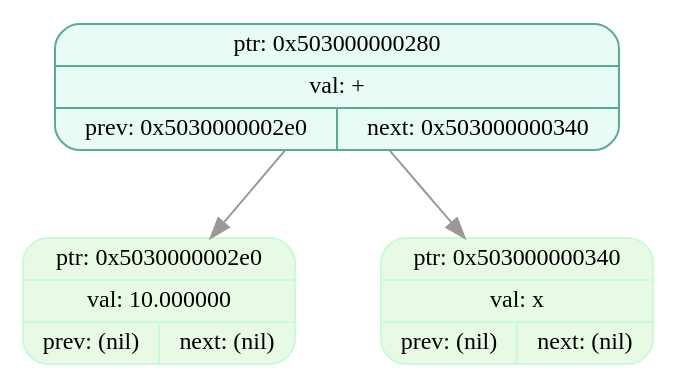
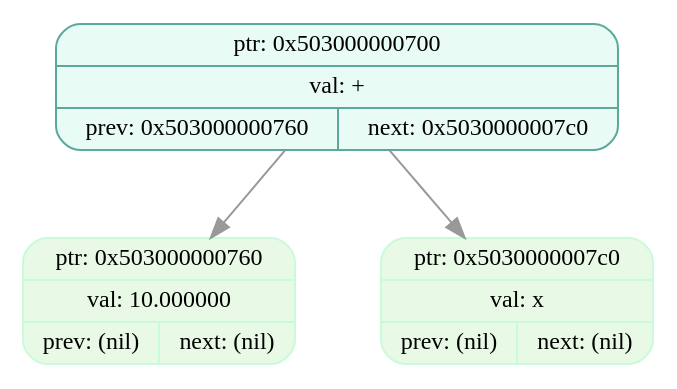
Before and after one commit to EvilTomato9890/Difference: the diagram in dumps/tree_dump_002.dot, drawn with Graphviz. The commit also changed 41 other files, not shown here.

```diff
--- a/dumps/tree_dump_002.dot
+++ b/dumps/tree_dump_002.dot
@@ -1,9 +1,9 @@
 digraph T{
   node [fontname="Fira Mono",shape=record,style="filled,rounded",fontsize=12];
   graph [splines=true, nodesep=0.6, ranksep=0.6];
-  node_0x503000000280[shape=record,label="{ {ptr: 0x503000000280} | {val: +} | { prev: 0x5030000002e0 | next: 0x503000000340 } }",color="#5aa99b",fillcolor="#e9fbf5"];
-  node_0x5030000002e0[shape=record,label="{ {ptr: 0x5030000002e0} | {val: 10.000000} | { prev: (nil) | next: (nil) } }",color="#c9fbdbff",fillcolor="#e8f9e5ff"];
-  node_0x503000000340[shape=record,label="{ {ptr: 0x503000000340} | {val: x} | { prev: (nil) | next: (nil) } }",color="#c9fbdbff",fillcolor="#e8f9e5ff"];
-  node_0x503000000280 -> node_0x5030000002e0 [color="#999999"];
-  node_0x503000000280 -> node_0x503000000340 [color="#999999"];
+  node_0x503000000700[shape=record,label="{ {ptr: 0x503000000700} | {val: +} | { prev: 0x503000000760 | next: 0x5030000007c0 } }",color="#5aa99b",fillcolor="#e9fbf5"];
+  node_0x503000000760[shape=record,label="{ {ptr: 0x503000000760} | {val: 10.000000} | { prev: (nil) | next: (nil) } }",color="#c9fbdbff",fillcolor="#e8f9e5ff"];
+  node_0x5030000007c0[shape=record,label="{ {ptr: 0x5030000007c0} | {val: x} | { prev: (nil) | next: (nil) } }",color="#c9fbdbff",fillcolor="#e8f9e5ff"];
+  node_0x503000000700 -> node_0x503000000760 [color="#999999"];
+  node_0x503000000700 -> node_0x5030000007c0 [color="#999999"];
 }
```
